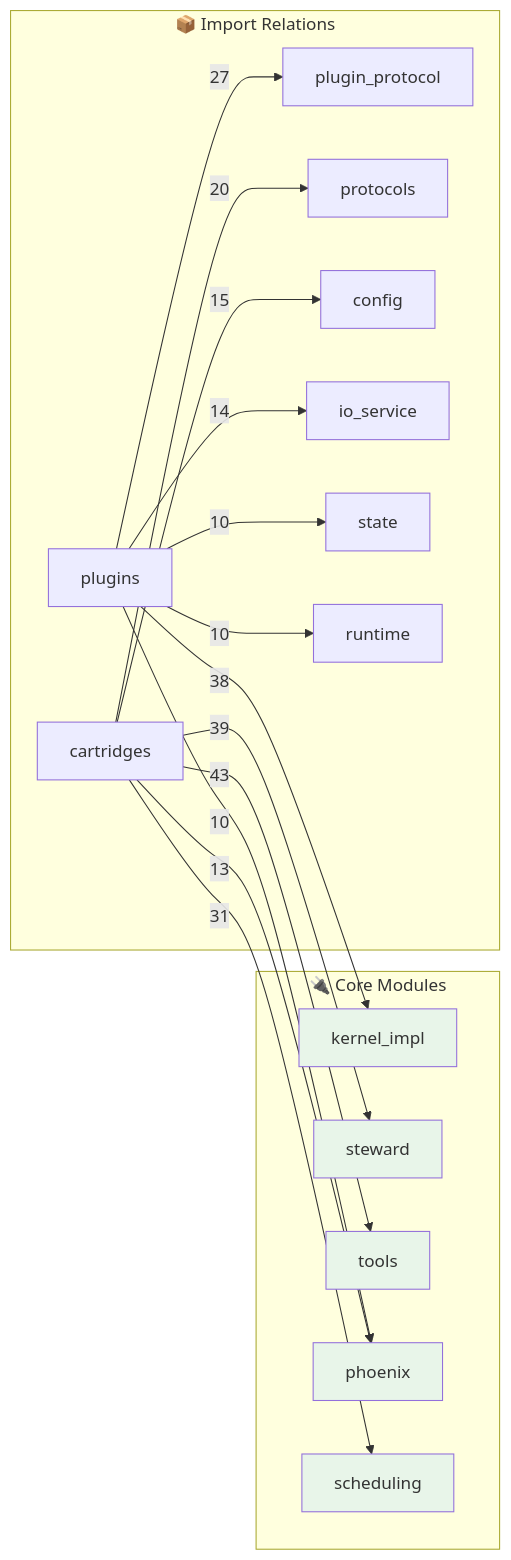
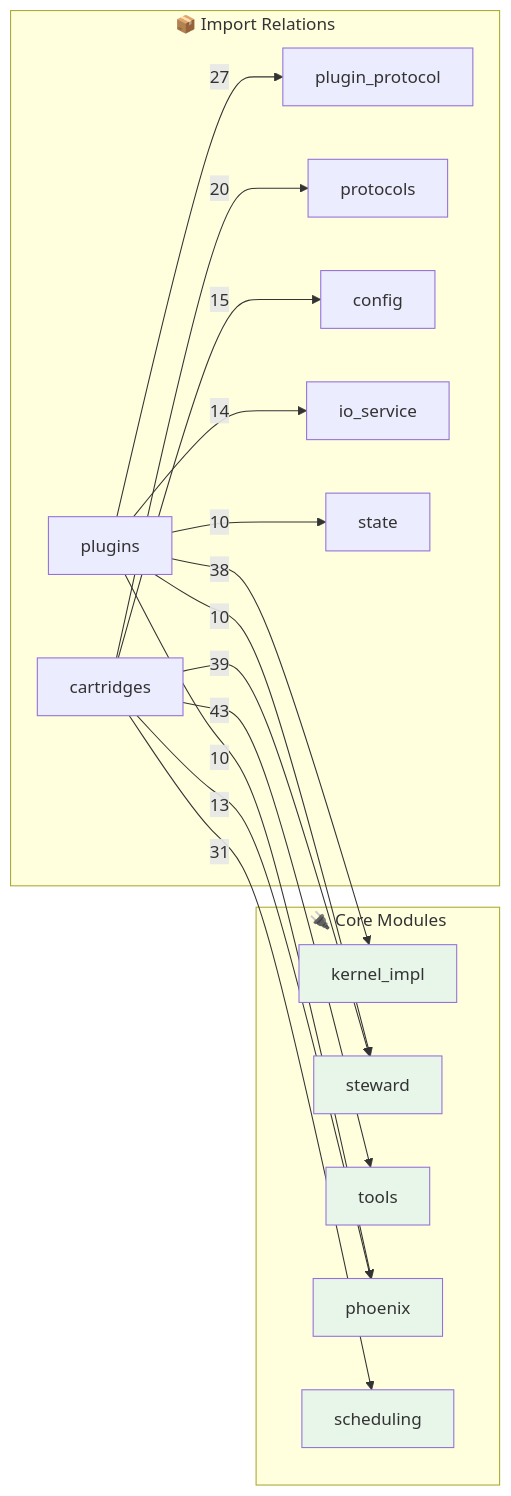
The second of 2 diagrams in OPUS.md (kimeisele/steward-protocol), drawn with Mermaid before and after one commit. The commit also changed other lines of this file and 20 other files, not shown here.

````diff
--- a/OPUS.md
+++ b/OPUS.md
@@ -510,31 +518,31 @@
 ```mermaid
 flowchart LR
     subgraph Core["🔌 Core Modules"]
         kernel_impl[kernel_impl]
         steward[steward]
         tools[tools]
         phoenix[phoenix]
         scheduling[scheduling]
     end
 
     subgraph Edges["📦 Import Relations"]
         cartridges -->|43| tools
         cartridges -->|39| steward
         plugins -->|38| kernel_impl
         cartridges -->|31| scheduling
         plugins -->|27| plugin_protocol
         cartridges -->|20| protocols
         cartridges -->|15| config
         plugins -->|14| io_service
         cartridges -->|13| phoenix
         plugins -->|10| phoenix
         plugins -->|10| state
-        plugins -->|10| runtime
+        plugins -->|10| steward
     end
 
     style kernel_impl fill:#e8f5e9
     style steward fill:#e8f5e9
     style tools fill:#e8f5e9
     style phoenix fill:#e8f5e9
     style scheduling fill:#e8f5e9
 ```
````
